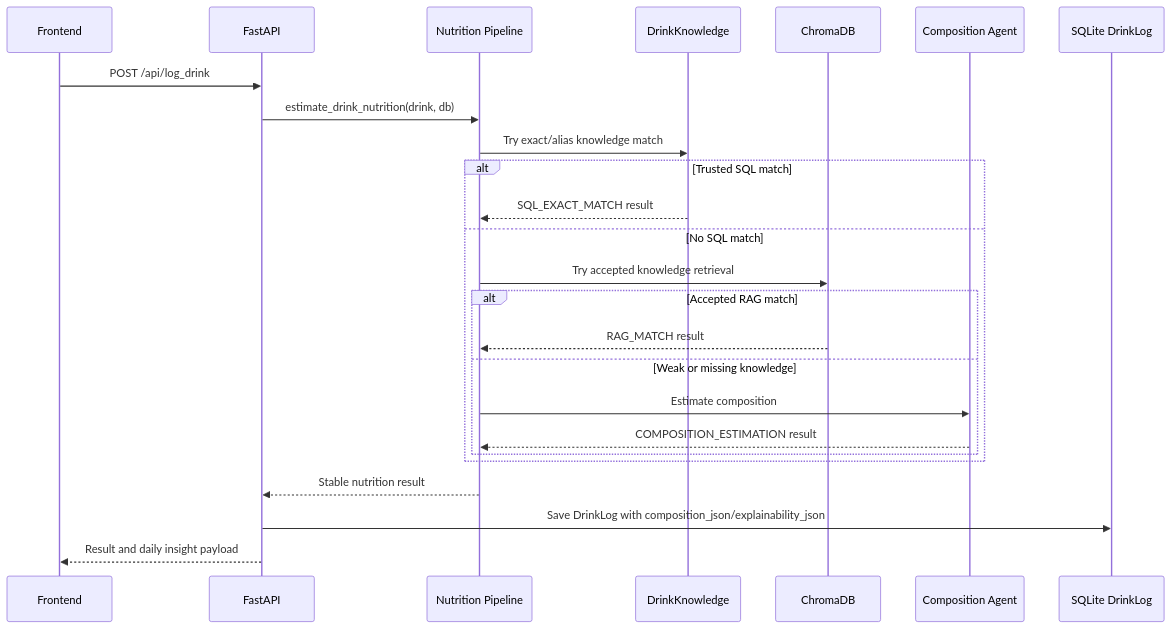
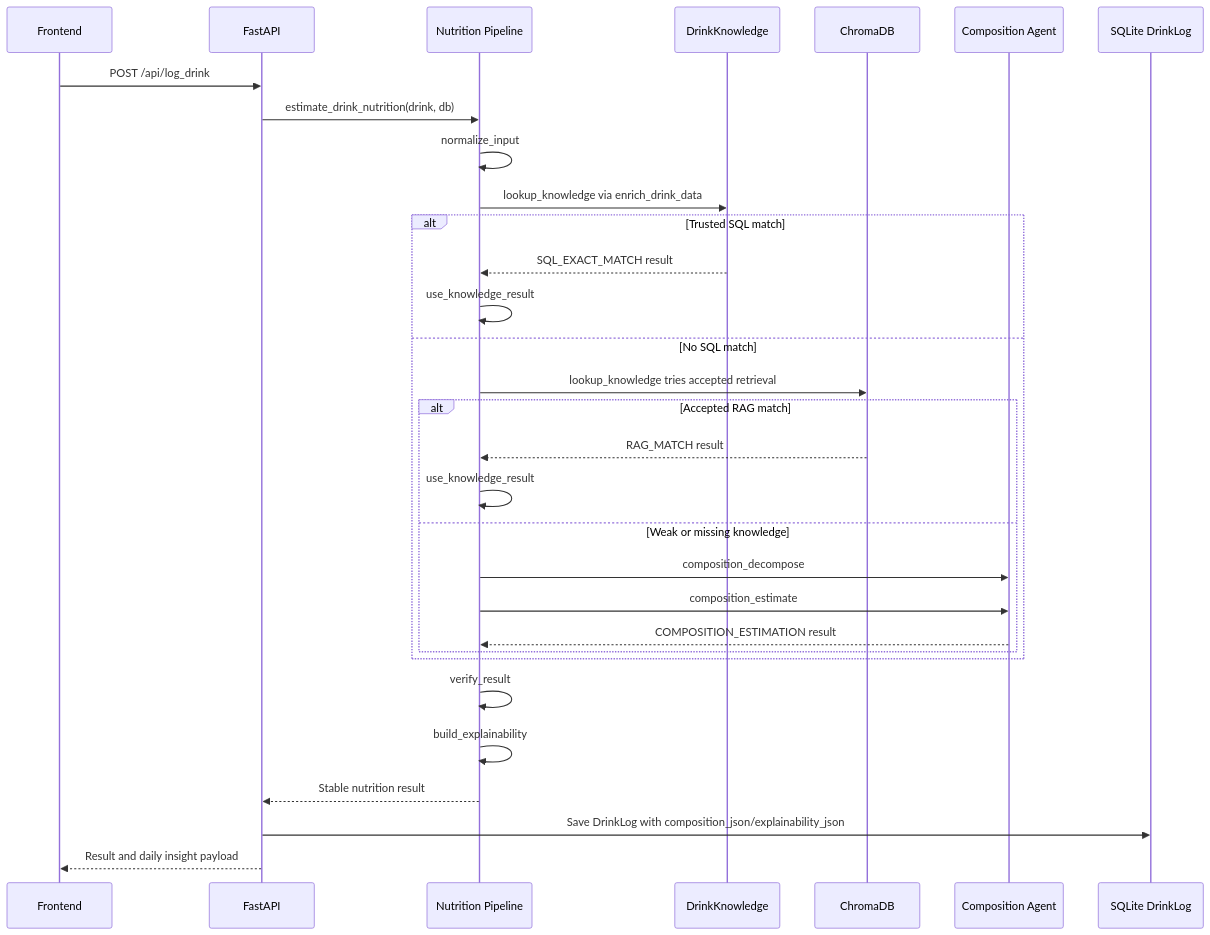
The second of 4 diagrams in docs/architecture.md (Jessiegantang/Caffeine-and-Sugar-Tracker-----), drawn with Mermaid before and after one commit. The commit also changed other lines of this file and 6 other files, not shown here.

````diff
--- a/docs/architecture.md
+++ b/docs/architecture.md
@@ -86,28 +128,34 @@
 ```mermaid
 sequenceDiagram
     participant FE as Frontend
     participant API as FastAPI
     participant NP as Nutrition Pipeline
     participant SQL as DrinkKnowledge
     participant RAG as ChromaDB
     participant CA as Composition Agent
     participant DB as SQLite DrinkLog
 
     FE->>API: POST /api/log_drink
     API->>NP: estimate_drink_nutrition(drink, db)
-    NP->>SQL: Try exact/alias knowledge match
+    NP->>NP: normalize_input
+    NP->>SQL: lookup_knowledge via enrich_drink_data
     alt Trusted SQL match
         SQL-->>NP: SQL_EXACT_MATCH result
+        NP->>NP: use_knowledge_result
     else No SQL match
-        NP->>RAG: Try accepted knowledge retrieval
+        NP->>RAG: lookup_knowledge tries accepted retrieval
         alt Accepted RAG match
             RAG-->>NP: RAG_MATCH result
+            NP->>NP: use_knowledge_result
         else Weak or missing knowledge
-            NP->>CA: Estimate composition
+            NP->>CA: composition_decompose
+            NP->>CA: composition_estimate
             CA-->>NP: COMPOSITION_ESTIMATION result
         end
     end
+    NP->>NP: verify_result
+    NP->>NP: build_explainability
     NP-->>API: Stable nutrition result
     API->>DB: Save DrinkLog with composition_json/explainability_json
     API-->>FE: Result and daily insight payload
 ```
````
